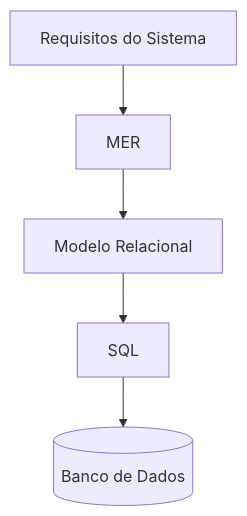
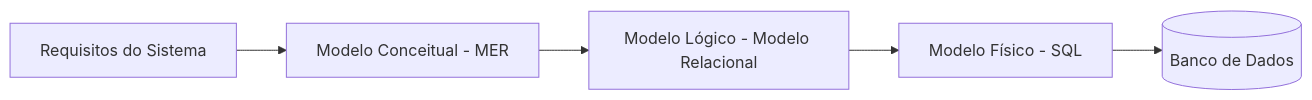
The diagram in docs/architecture/data/database-design.md (ivnavalenca/rifa-digital), drawn with Mermaid before and after one commit. The commit also changed other lines of this file, not shown here.

````diff
--- a/docs/architecture/data/database-design.md
+++ b/docs/architecture/data/database-design.md
@@ -151,14 +15,14 @@
-```mermaid
-flowchart TD
+``` mermaid
+flowchart LR
 
 A[Requisitos do Sistema]
-B[MER]
-C[Modelo Relacional]
-D[SQL]
+B[Modelo Conceitual - MER]
+C[Modelo Lógico - Modelo Relacional]
+D[Modelo Físico - SQL]
 E[(Banco de Dados)]
 
 A --> B
 B --> C
 C --> D
 D --> E
 ```
````
